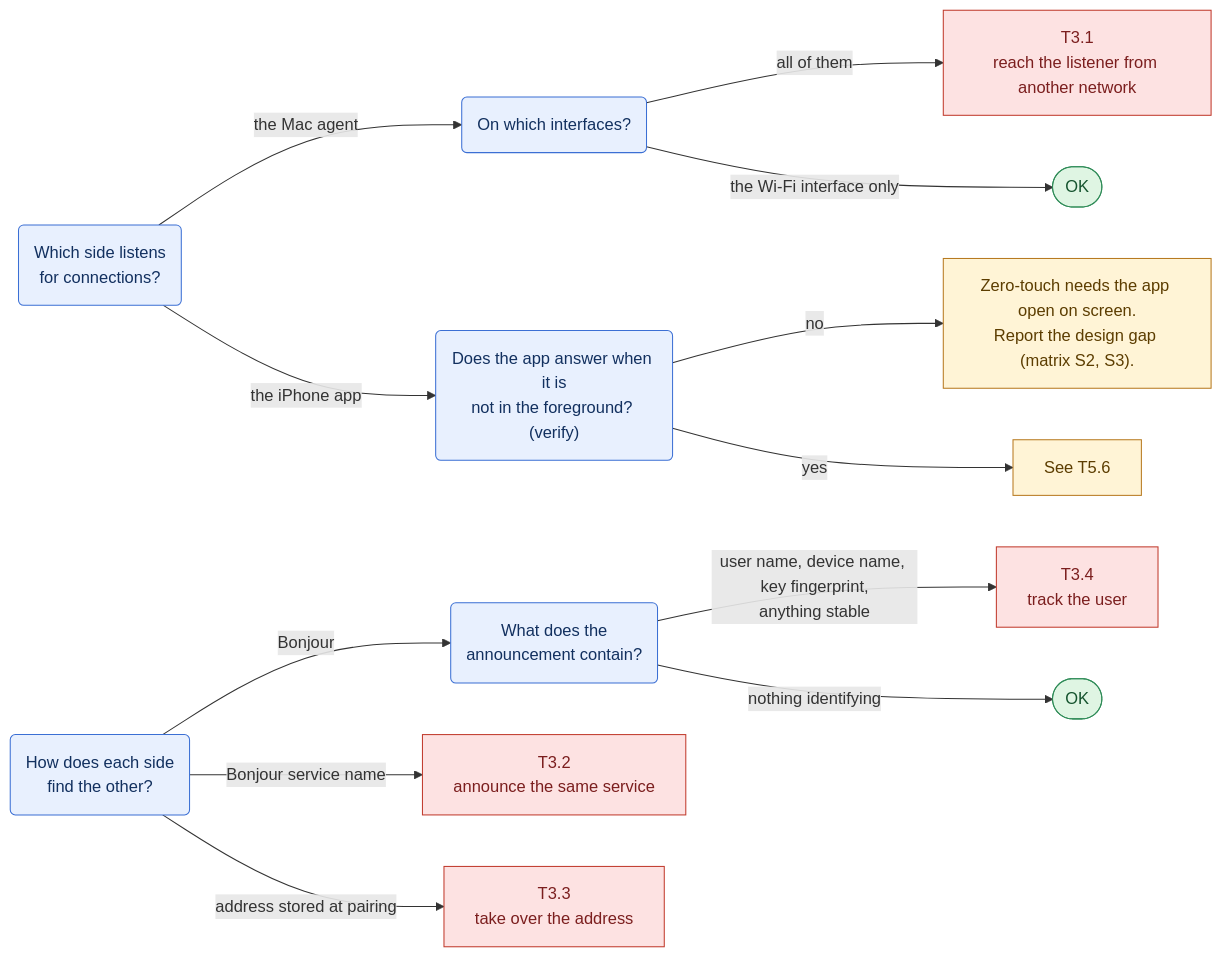
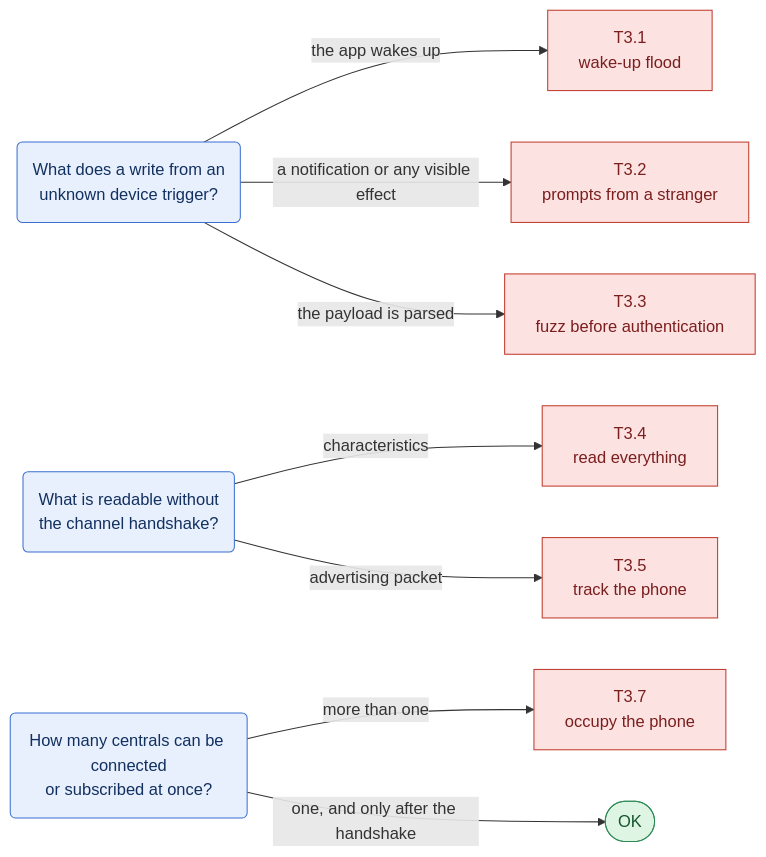
One commit to Samylay/sentry-key changed the sixth of 17 diagrams in docs/red-team/README.md. Above: the diagram before and after it, drawn with Mermaid. The commit also changed other lines of this file and 1 other file, not shown here.

First line of the commit message:
Align red team guide with docs/ARCHITECTURE.md (prompt P-007)

````diff
--- a/docs/red-team/README.md
+++ b/docs/red-team/README.md
@@ -277,23 +332,17 @@
 ```mermaid
 flowchart LR
   classDef q fill:#e8f0fe,stroke:#3b6fd4,color:#12305f
   classDef atk fill:#fde2e2,stroke:#c0392b,color:#7b1e1e
   classDef ok fill:#dff5e3,stroke:#2e8b57,color:#14532d
   classDef note fill:#fff4d6,stroke:#b7791f,color:#5c3d00
-  q1("Which side listens<br/>for connections?"):::q
-  q2("On which interfaces?"):::q
-  q3("Does the app answer when it is<br/>not in the foreground? (verify)"):::q
-  q4("How does each side<br/>find the other?"):::q
-  q5("What does the<br/>announcement contain?"):::q
-  q1 -->|"the Mac agent"| q2
-  q1 -->|"the iPhone app"| q3
-  q2 -->|"all of them"| a1["T3.1<br/>reach the listener from another network"]:::atk
-  q2 -->|"the Wi-Fi interface only"| ok1(["OK"]):::ok
-  q3 -->|"no"| n1["Zero-touch needs the app open on screen.<br/>Report the design gap (matrix S2, S3)."]:::note
-  q3 -->|"yes"| n2["See T5.6"]:::note
-  q4 -->|"Bonjour service name"| a2["T3.2<br/>announce the same service"]:::atk
-  q4 -->|"address stored at pairing"| a3["T3.3<br/>take over the address"]:::atk
-  q4 -->|"Bonjour"| q5
-  q5 -->|"user name, device name, key fingerprint,<br/>anything stable"| a4["T3.4<br/>track the user"]:::atk
-  q5 -->|"nothing identifying"| ok2(["OK"]):::ok
+  q1("What does a write from an<br/>unknown device trigger?"):::q
+  q2("What is readable without<br/>the channel handshake?"):::q
+  q3("How many centrals can be connected<br/>or subscribed at once?"):::q
+  q1 -->|"the app wakes up"| a1["T3.1<br/>wake-up flood"]:::atk
+  q1 -->|"a notification or any visible effect"| a2["T3.2<br/>prompts from a stranger"]:::atk
+  q1 -->|"the payload is parsed"| a3["T3.3<br/>fuzz before authentication"]:::atk
+  q2 -->|"characteristics"| a4["T3.4<br/>read everything"]:::atk
+  q2 -->|"advertising packet"| a5["T3.5<br/>track the phone"]:::atk
+  q3 -->|"more than one"| a7["T3.7<br/>occupy the phone"]:::atk
+  q3 -->|"one, and only after the handshake"| ok1(["OK"]):::ok
 ```
````
